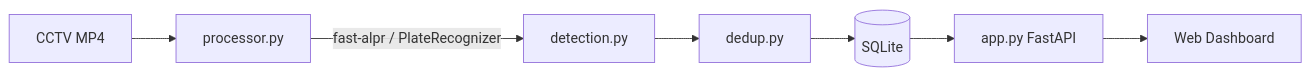
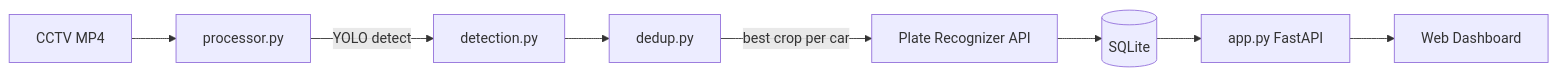
Before and after one commit to Andy123qq4/carpark_monitor: the diagram in CLAUDE.md, drawn with Mermaid. The commit also changed other lines of this file and 2 other files, not shown here.

First line of the commit message:
docs: update CLAUDE.md with hybrid pipeline, add Plate Recognizer platform reference

````diff
--- a/CLAUDE.md
+++ b/CLAUDE.md
@@ -49,9 +52,10 @@
 ```mermaid
 graph LR
     CCTV[CCTV MP4] --> Processor[processor.py]
-    Processor --> |fast-alpr / PlateRecognizer| Detection[detection.py]
+    Processor --> |YOLO detect| Detection[detection.py]
     Detection --> Dedup[dedup.py]
-    Dedup --> DB[(SQLite)]
+    Dedup --> |best crop per car| API[Plate Recognizer API]
+    API --> DB[(SQLite)]
     DB --> App[app.py FastAPI]
     App --> Dashboard[Web Dashboard]
 ```
````
